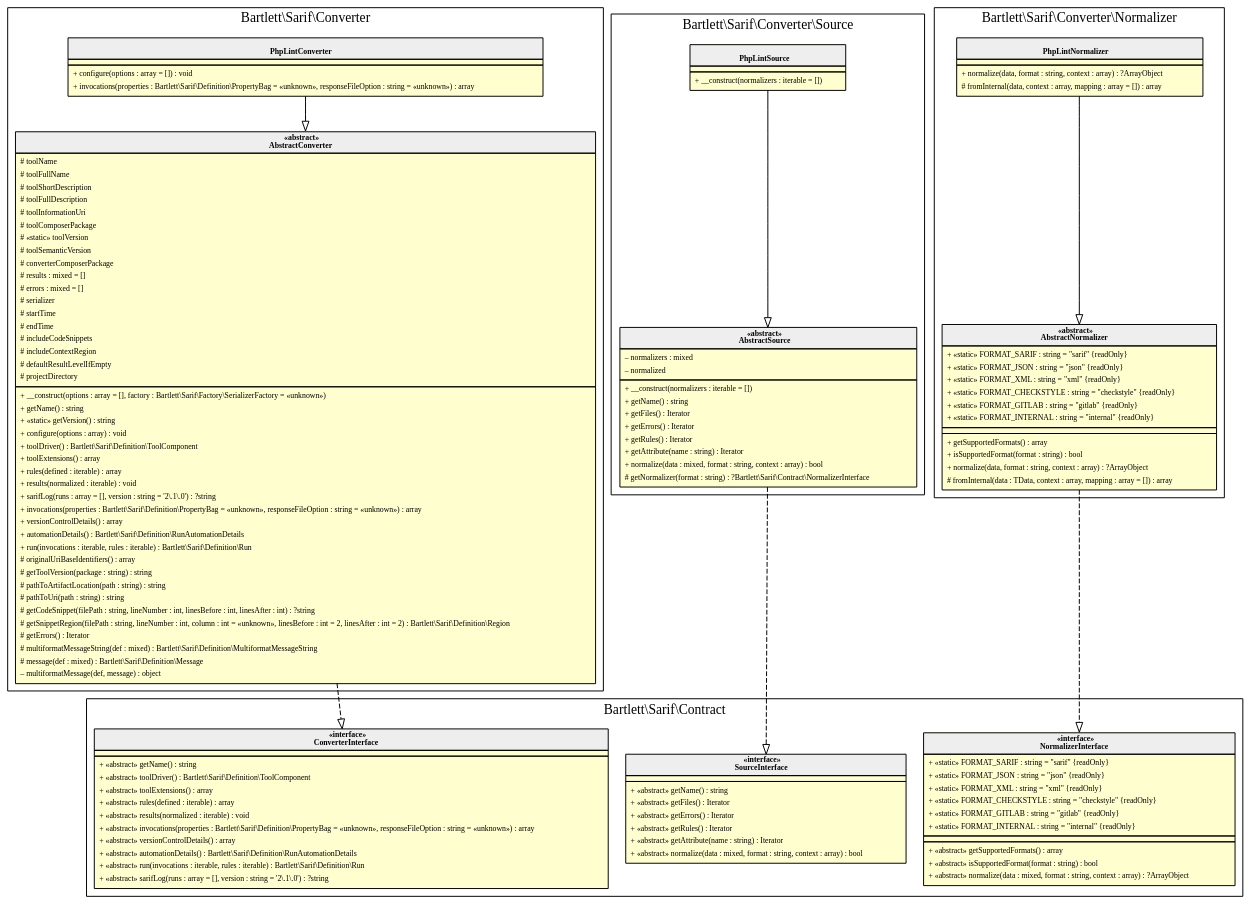
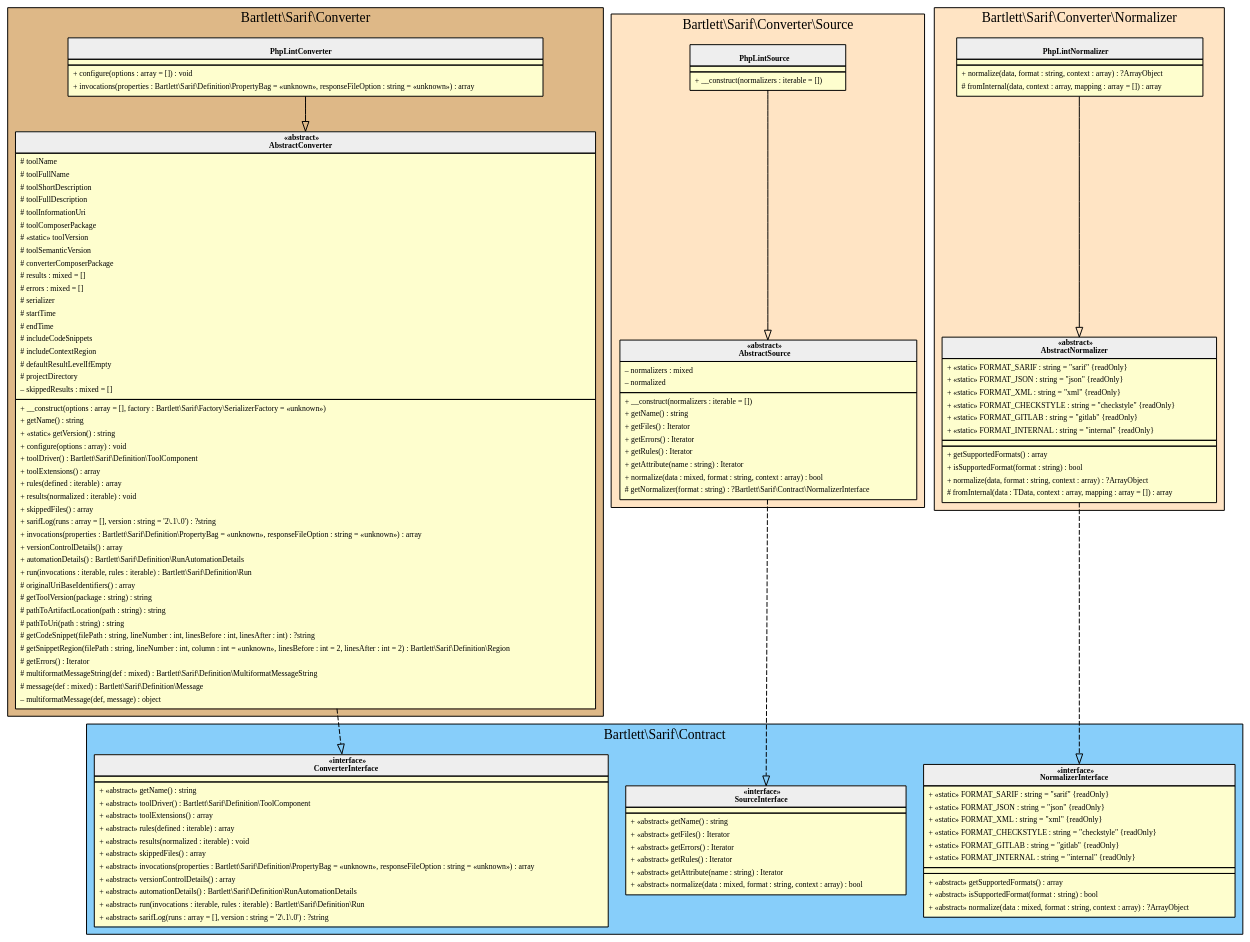
The diagram in 1.8/assets/images/converter-phplint.html.gv (llaville/sarif-php-converters), drawn with Graphviz before and after one commit. The commit also changed 54 other files, not shown here.

```diff
--- a/1.8/assets/images/converter-phplint.html.gv
+++ b/1.8/assets/images/converter-phplint.html.gv
@@ -1,183 +1,190 @@
 digraph {
   graph [name="G" overlap="false" rankdir="TB" bgcolor="transparent"]
   node [fontname="Verdana" fontsize=8 shape="none" margin=0 fillcolor="#FEFECE" style="filled"]
   edge [fontname="Verdana" fontsize=8]
   subgraph cluster_0 {
+    graph [bgcolor="BurlyWood"]
     label = "Bartlett\\Sarif\\Converter"
     "Bartlett\\Sarif\\Converter\\PhpLintConverter" [shape="none" label=<
 <table cellspacing="0" border="0" cellborder="1">
     <tr><td bgcolor="#eeeeee"><b><br/>PhpLintConverter</b></td></tr>
     <tr><td></td></tr>
     <tr><td><table border="0" cellspacing="0" cellpadding="2">
     <tr><td align="left">+ configure(options : array = []) : void</td></tr>
     <tr><td align="left">+ invocations(properties : Bartlett\\Sarif\\Definition\\PropertyBag = «unknown», responseFileOption : string = «unknown») : array</td></tr>
 </table></td></tr>
 </table>>]
     "Bartlett\\Sarif\\Converter\\AbstractConverter" [shape="none" label=<
 <table cellspacing="0" border="0" cellborder="1">
     <tr><td bgcolor="#eeeeee"><b>«abstract»<br/>AbstractConverter</b></td></tr>
     <tr><td><table border="0" cellspacing="0" cellpadding="2">
     <tr><td align="left"># toolName</td></tr>
     <tr><td align="left"># toolFullName</td></tr>
     <tr><td align="left"># toolShortDescription</td></tr>
     <tr><td align="left"># toolFullDescription</td></tr>
     <tr><td align="left"># toolInformationUri</td></tr>
     <tr><td align="left"># toolComposerPackage</td></tr>
     <tr><td align="left"># «static» toolVersion</td></tr>
     <tr><td align="left"># toolSemanticVersion</td></tr>
     <tr><td align="left"># converterComposerPackage</td></tr>
     <tr><td align="left"># results : mixed = []</td></tr>
     <tr><td align="left"># errors : mixed = []</td></tr>
     <tr><td align="left"># serializer</td></tr>
     <tr><td align="left"># startTime</td></tr>
     <tr><td align="left"># endTime</td></tr>
     <tr><td align="left"># includeCodeSnippets</td></tr>
     <tr><td align="left"># includeContextRegion</td></tr>
     <tr><td align="left"># defaultResultLevelIfEmpty</td></tr>
     <tr><td align="left"># projectDirectory</td></tr>
+    <tr><td align="left">– skippedResults : mixed = []</td></tr>
 </table></td></tr>
     <tr><td><table border="0" cellspacing="0" cellpadding="2">
     <tr><td align="left">+ __construct(options : array = [], factory : Bartlett\\Sarif\\Factory\\SerializerFactory = «unknown»)</td></tr>
     <tr><td align="left">+ getName() : string</td></tr>
     <tr><td align="left">+ «static» getVersion() : string</td></tr>
     <tr><td align="left">+ configure(options : array) : void</td></tr>
     <tr><td align="left">+ toolDriver() : Bartlett\\Sarif\\Definition\\ToolComponent</td></tr>
     <tr><td align="left">+ toolExtensions() : array</td></tr>
     <tr><td align="left">+ rules(defined : iterable) : array</td></tr>
     <tr><td align="left">+ results(normalized : iterable) : void</td></tr>
+    <tr><td align="left">+ skippedFiles() : array</td></tr>
     <tr><td align="left">+ sarifLog(runs : array = [], version : string = '2\.1\.0') : ?string</td></tr>
     <tr><td align="left">+ invocations(properties : Bartlett\\Sarif\\Definition\\PropertyBag = «unknown», responseFileOption : string = «unknown») : array</td></tr>
     <tr><td align="left">+ versionControlDetails() : array</td></tr>
     <tr><td align="left">+ automationDetails() : Bartlett\\Sarif\\Definition\\RunAutomationDetails</td></tr>
     <tr><td align="left">+ run(invocations : iterable, rules : iterable) : Bartlett\\Sarif\\Definition\\Run</td></tr>
     <tr><td align="left"># originalUriBaseIdentifiers() : array</td></tr>
     <tr><td align="left"># getToolVersion(package : string) : string</td></tr>
     <tr><td align="left"># pathToArtifactLocation(path : string) : string</td></tr>
     <tr><td align="left"># pathToUri(path : string) : string</td></tr>
     <tr><td align="left"># getCodeSnippet(filePath : string, lineNumber : int, linesBefore : int, linesAfter : int) : ?string</td></tr>
     <tr><td align="left"># getSnippetRegion(filePath : string, lineNumber : int, column : int = «unknown», linesBefore : int = 2, linesAfter : int = 2) : Bartlett\\Sarif\\Definition\\Region</td></tr>
     <tr><td align="left"># getErrors() : Iterator</td></tr>
     <tr><td align="left"># multiformatMessageString(def : mixed) : Bartlett\\Sarif\\Definition\\MultiformatMessageString</td></tr>
     <tr><td align="left"># message(def : mixed) : Bartlett\\Sarif\\Definition\\Message</td></tr>
     <tr><td align="left">– multiformatMessage(def, message) : object</td></tr>
 </table></td></tr>
 </table>>]
   }
   subgraph cluster_1 {
+    graph [bgcolor="LightSkyBlue"]
     label = "Bartlett\\Sarif\\Contract"
     "Bartlett\\Sarif\\Contract\\ConverterInterface" [shape="none" label=<
 <table cellspacing="0" border="0" cellborder="1">
     <tr><td bgcolor="#eeeeee"><b>«interface»<br/>ConverterInterface</b></td></tr>
     <tr><td></td></tr>
     <tr><td><table border="0" cellspacing="0" cellpadding="2">
     <tr><td align="left">+ «abstract» getName() : string</td></tr>
     <tr><td align="left">+ «abstract» toolDriver() : Bartlett\\Sarif\\Definition\\ToolComponent</td></tr>
     <tr><td align="left">+ «abstract» toolExtensions() : array</td></tr>
     <tr><td align="left">+ «abstract» rules(defined : iterable) : array</td></tr>
     <tr><td align="left">+ «abstract» results(normalized : iterable) : void</td></tr>
+    <tr><td align="left">+ «abstract» skippedFiles() : array</td></tr>
     <tr><td align="left">+ «abstract» invocations(properties : Bartlett\\Sarif\\Definition\\PropertyBag = «unknown», responseFileOption : string = «unknown») : array</td></tr>
     <tr><td align="left">+ «abstract» versionControlDetails() : array</td></tr>
     <tr><td align="left">+ «abstract» automationDetails() : Bartlett\\Sarif\\Definition\\RunAutomationDetails</td></tr>
     <tr><td align="left">+ «abstract» run(invocations : iterable, rules : iterable) : Bartlett\\Sarif\\Definition\\Run</td></tr>
     <tr><td align="left">+ «abstract» sarifLog(runs : array = [], version : string = '2\.1\.0') : ?string</td></tr>
 </table></td></tr>
 </table>>]
     "Bartlett\\Sarif\\Contract\\SourceInterface" [shape="none" label=<
 <table cellspacing="0" border="0" cellborder="1">
     <tr><td bgcolor="#eeeeee"><b>«interface»<br/>SourceInterface</b></td></tr>
     <tr><td></td></tr>
     <tr><td><table border="0" cellspacing="0" cellpadding="2">
     <tr><td align="left">+ «abstract» getName() : string</td></tr>
     <tr><td align="left">+ «abstract» getFiles() : Iterator</td></tr>
     <tr><td align="left">+ «abstract» getErrors() : Iterator</td></tr>
     <tr><td align="left">+ «abstract» getRules() : Iterator</td></tr>
     <tr><td align="left">+ «abstract» getAttribute(name : string) : Iterator</td></tr>
     <tr><td align="left">+ «abstract» normalize(data : mixed, format : string, context : array) : bool</td></tr>
 </table></td></tr>
 </table>>]
     "Bartlett\\Sarif\\Contract\\NormalizerInterface" [shape="none" label=<
 <table cellspacing="0" border="0" cellborder="1">
     <tr><td bgcolor="#eeeeee"><b>«interface»<br/>NormalizerInterface</b></td></tr>
     <tr><td><table border="0" cellspacing="0" cellpadding="2">
     <tr><td align="left">+ «static» FORMAT_SARIF : string = "sarif" {readOnly}</td></tr>
     <tr><td align="left">+ «static» FORMAT_JSON : string = "json" {readOnly}</td></tr>
     <tr><td align="left">+ «static» FORMAT_XML : string = "xml" {readOnly}</td></tr>
     <tr><td align="left">+ «static» FORMAT_CHECKSTYLE : string = "checkstyle" {readOnly}</td></tr>
     <tr><td align="left">+ «static» FORMAT_GITLAB : string = "gitlab" {readOnly}</td></tr>
     <tr><td align="left">+ «static» FORMAT_INTERNAL : string = "internal" {readOnly}</td></tr>
 </table></td></tr>
     <tr><td></td></tr>
     <tr><td><table border="0" cellspacing="0" cellpadding="2">
     <tr><td align="left">+ «abstract» getSupportedFormats() : array</td></tr>
     <tr><td align="left">+ «abstract» isSupportedFormat(format : string) : bool</td></tr>
     <tr><td align="left">+ «abstract» normalize(data : mixed, format : string, context : array) : ?ArrayObject</td></tr>
 </table></td></tr>
 </table>>]
   }
   subgraph cluster_2 {
+    graph [bgcolor="Bisque"]
     label = "Bartlett\\Sarif\\Converter\\Source"
     "Bartlett\\Sarif\\Converter\\Source\\PhpLintSource" [shape="none" label=<
 <table cellspacing="0" border="0" cellborder="1">
     <tr><td bgcolor="#eeeeee"><b><br/>PhpLintSource</b></td></tr>
     <tr><td></td></tr>
     <tr><td><table border="0" cellspacing="0" cellpadding="2">
     <tr><td align="left">+ __construct(normalizers : iterable = [])</td></tr>
 </table></td></tr>
 </table>>]
     "Bartlett\\Sarif\\Converter\\Source\\AbstractSource" [shape="none" label=<
 <table cellspacing="0" border="0" cellborder="1">
     <tr><td bgcolor="#eeeeee"><b>«abstract»<br/>AbstractSource</b></td></tr>
     <tr><td><table border="0" cellspacing="0" cellpadding="2">
     <tr><td align="left">– normalizers : mixed</td></tr>
     <tr><td align="left">– normalized</td></tr>
 </table></td></tr>
     <tr><td><table border="0" cellspacing="0" cellpadding="2">
     <tr><td align="left">+ __construct(normalizers : iterable = [])</td></tr>
     <tr><td align="left">+ getName() : string</td></tr>
     <tr><td align="left">+ getFiles() : Iterator</td></tr>
     <tr><td align="left">+ getErrors() : Iterator</td></tr>
     <tr><td align="left">+ getRules() : Iterator</td></tr>
     <tr><td align="left">+ getAttribute(name : string) : Iterator</td></tr>
     <tr><td align="left">+ normalize(data : mixed, format : string, context : array) : bool</td></tr>
     <tr><td align="left"># getNormalizer(format : string) : ?Bartlett\\Sarif\\Contract\\NormalizerInterface</td></tr>
 </table></td></tr>
 </table>>]
   }
   subgraph cluster_3 {
+    graph [bgcolor="Bisque"]
     label = "Bartlett\\Sarif\\Converter\\Normalizer"
     "Bartlett\\Sarif\\Converter\\Normalizer\\PhpLintNormalizer" [shape="none" label=<
 <table cellspacing="0" border="0" cellborder="1">
     <tr><td bgcolor="#eeeeee"><b><br/>PhpLintNormalizer</b></td></tr>
     <tr><td></td></tr>
     <tr><td><table border="0" cellspacing="0" cellpadding="2">
     <tr><td align="left">+ normalize(data, format : string, context : array) : ?ArrayObject</td></tr>
     <tr><td align="left"># fromInternal(data, context : array, mapping : array = []) : array</td></tr>
 </table></td></tr>
 </table>>]
     "Bartlett\\Sarif\\Converter\\Normalizer\\AbstractNormalizer" [shape="none" label=<
 <table cellspacing="0" border="0" cellborder="1">
     <tr><td bgcolor="#eeeeee"><b>«abstract»<br/>AbstractNormalizer</b></td></tr>
     <tr><td><table border="0" cellspacing="0" cellpadding="2">
     <tr><td align="left">+ «static» FORMAT_SARIF : string = "sarif" {readOnly}</td></tr>
     <tr><td align="left">+ «static» FORMAT_JSON : string = "json" {readOnly}</td></tr>
     <tr><td align="left">+ «static» FORMAT_XML : string = "xml" {readOnly}</td></tr>
     <tr><td align="left">+ «static» FORMAT_CHECKSTYLE : string = "checkstyle" {readOnly}</td></tr>
     <tr><td align="left">+ «static» FORMAT_GITLAB : string = "gitlab" {readOnly}</td></tr>
     <tr><td align="left">+ «static» FORMAT_INTERNAL : string = "internal" {readOnly}</td></tr>
 </table></td></tr>
     <tr><td></td></tr>
     <tr><td><table border="0" cellspacing="0" cellpadding="2">
     <tr><td align="left">+ getSupportedFormats() : array</td></tr>
     <tr><td align="left">+ isSupportedFormat(format : string) : bool</td></tr>
     <tr><td align="left">+ normalize(data, format : string, context : array) : ?ArrayObject</td></tr>
     <tr><td align="left"># fromInternal(data : TData, context : array, mapping : array = []) : array</td></tr>
 </table></td></tr>
 </table>>]
   }
   "Bartlett\\Sarif\\Converter\\AbstractConverter" -> "Bartlett\\Sarif\\Contract\\ConverterInterface" [arrowhead="empty" style="dashed"]
   "Bartlett\\Sarif\\Converter\\PhpLintConverter" -> "Bartlett\\Sarif\\Converter\\AbstractConverter" [arrowhead="empty" style="filled"]
   "Bartlett\\Sarif\\Converter\\Source\\AbstractSource" -> "Bartlett\\Sarif\\Contract\\SourceInterface" [arrowhead="empty" style="dashed"]
   "Bartlett\\Sarif\\Converter\\Source\\PhpLintSource" -> "Bartlett\\Sarif\\Converter\\Source\\AbstractSource" [arrowhead="empty" style="filled"]
   "Bartlett\\Sarif\\Converter\\Normalizer\\AbstractNormalizer" -> "Bartlett\\Sarif\\Contract\\NormalizerInterface" [arrowhead="empty" style="dashed"]
   "Bartlett\\Sarif\\Converter\\Normalizer\\PhpLintNormalizer" -> "Bartlett\\Sarif\\Converter\\Normalizer\\AbstractNormalizer" [arrowhead="empty" style="filled"]
 }
```
